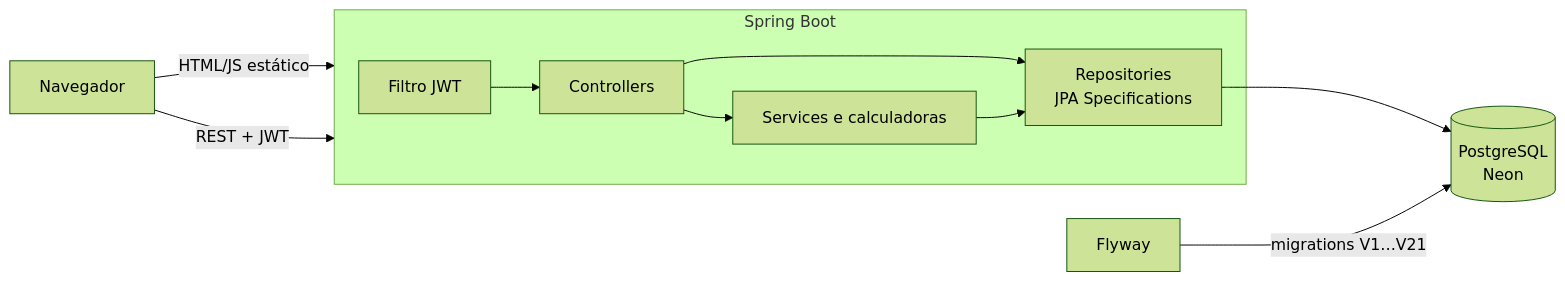
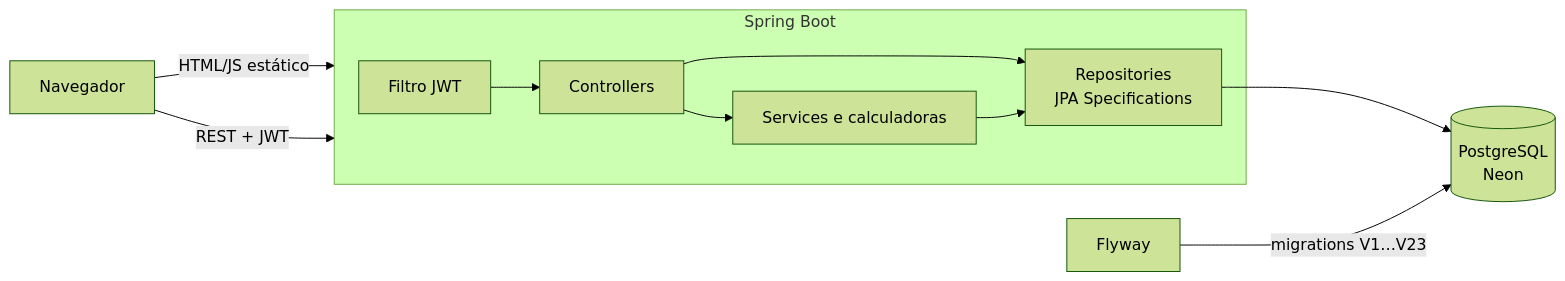
The first of 3 diagrams in README.md (gustavoromanno/concursos-platform), drawn with Mermaid (forest theme) before and after one commit. The commit also changed other lines of this file and 16 other files, not shown here.

````diff
--- a/README.md
+++ b/README.md
@@ -97,13 +103,13 @@
 ```mermaid
 flowchart LR
     U[Navegador] -->|HTML/JS estático| S
     U -->|REST + JWT| S
     subgraph S[Spring Boot]
         F[Filtro JWT] --> C[Controllers]
         C --> SV[Services e calculadoras]
         C --> R[Repositories<br/>JPA Specifications]
         SV --> R
     end
     R --> DB[(PostgreSQL<br/>Neon)]
-    FW[Flyway] -->|migrations V1…V21| DB
+    FW[Flyway] -->|migrations V1…V23| DB
 ```
````
